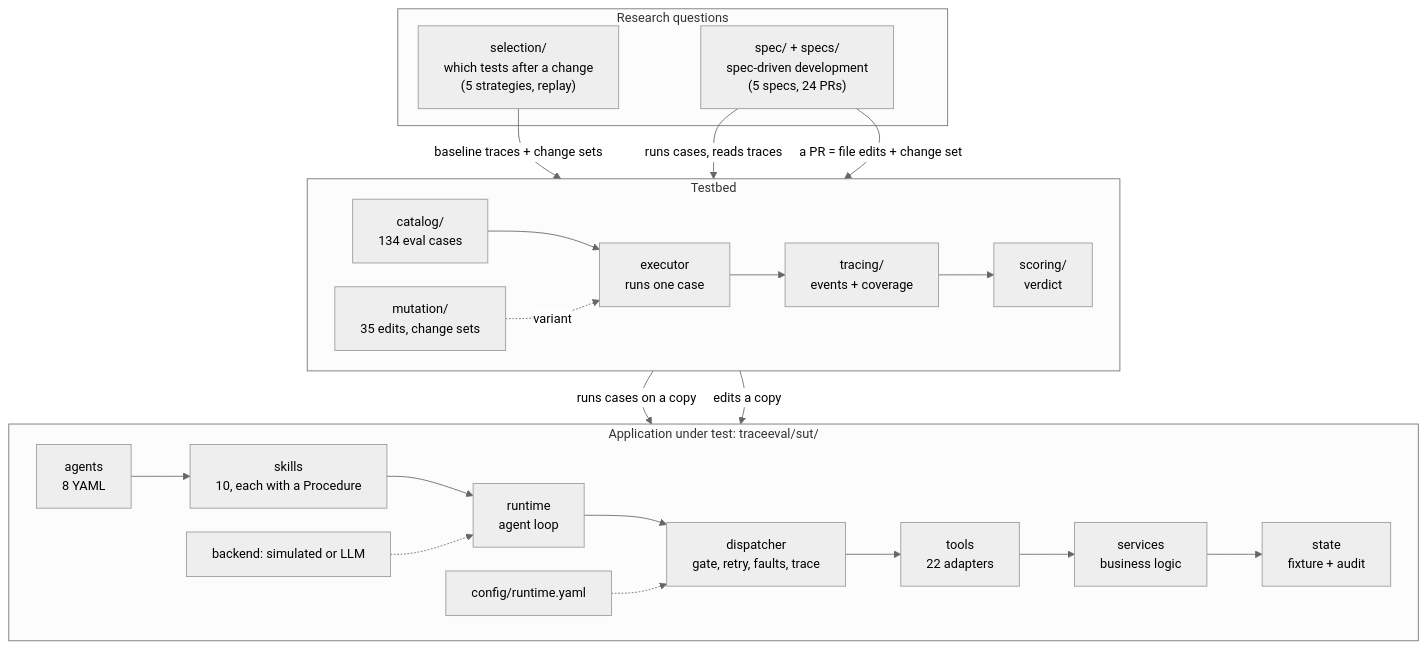
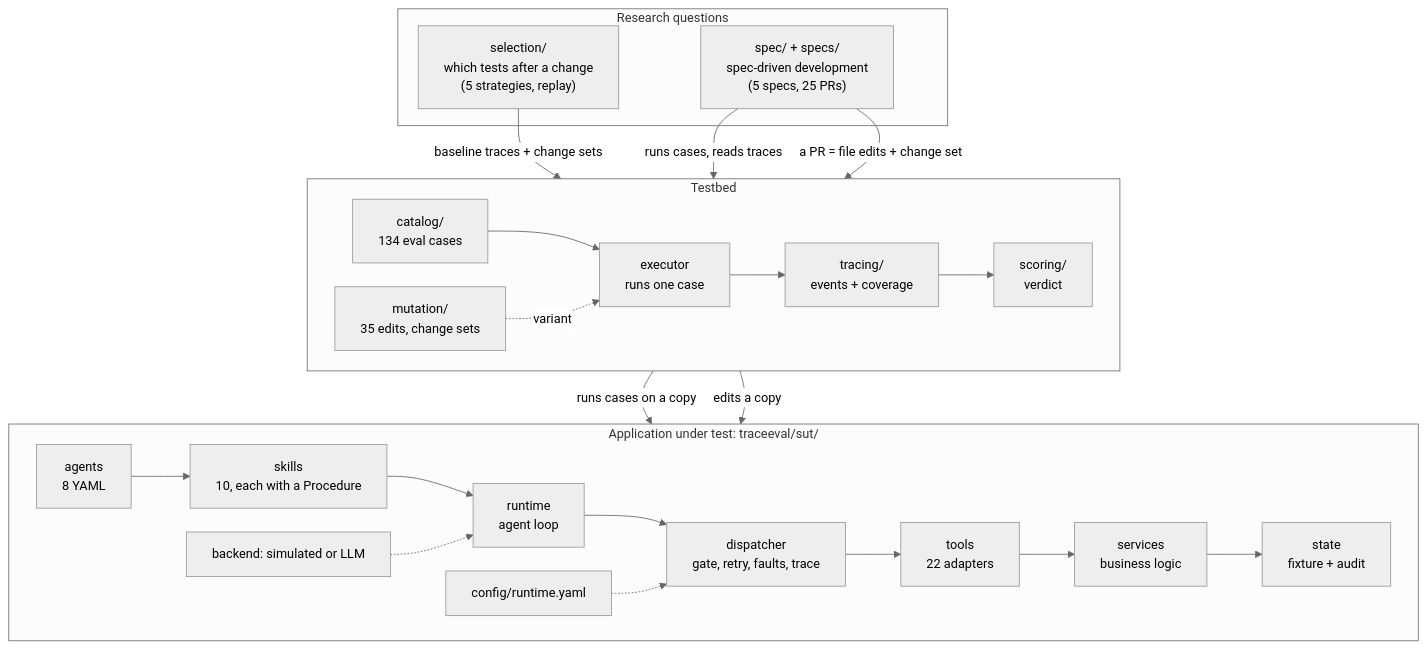
One commit to unibuc-cs/TestingTheAgents changed the diagram in trace-eval/docs/diagrams/guide_1_layers.mmd. Above: the diagram before and after it, drawn with Mermaid. The commit also changed 32 other files, not shown here.

First line of the commit message:
SDD: clause catalog, required rungs, spec drafting with a model, beginner guide

```diff
--- a/trace-eval/docs/diagrams/guide_1_layers.mmd
+++ b/trace-eval/docs/diagrams/guide_1_layers.mmd
@@ -1,22 +1,22 @@
 %%{init: {"theme": "neutral", "flowchart": {"wrappingWidth": 340, "nodeSpacing": 28, "rankSpacing": 40, "curve": "basis"}, "themeVariables": {"fontSize": "15px"}}}%%
 flowchart TB
     subgraph RQ["Research questions"]
         SEL["selection/<br/>which tests after a change<br/>(5 strategies, replay)"]
-        SDD["spec/ + specs/<br/>spec-driven development<br/>(5 specs, 24 PRs)"]
+        SDD["spec/ + specs/<br/>spec-driven development<br/>(5 specs, 25 PRs)"]
     end
     subgraph TB["Testbed"]
         direction LR
         CAT["catalog/<br/>134 eval cases"] --> EXE["executor<br/>runs one case"] --> TR["tracing/<br/>events + coverage"] --> SC["scoring/<br/>verdict"]
         MUT["mutation/<br/>35 edits, change sets"] -.->|"variant"| EXE
     end
     subgraph SUT["Application under test: traceeval/sut/"]
         direction LR
         AG["agents<br/>8 YAML"] --> SK["skills<br/>10, each with a Procedure"] --> RT["runtime<br/>agent loop"] --> DI["dispatcher<br/>gate, retry, faults, trace"] --> TO["tools<br/>22 adapters"] --> SV["services<br/>business logic"] --> ST["state<br/>fixture + audit"]
         BE["backend: simulated or LLM"] -.-> RT
         CF["config/runtime.yaml"] -.-> DI
     end
     SEL -->|"baseline traces + change sets"| TR
     SDD -->|"runs cases, reads traces"| TR
     SDD -->|"a PR = file edits + change set"| MUT
     EXE -->|"runs cases on a copy"| RT
     MUT -->|"edits a copy"| SK
```
